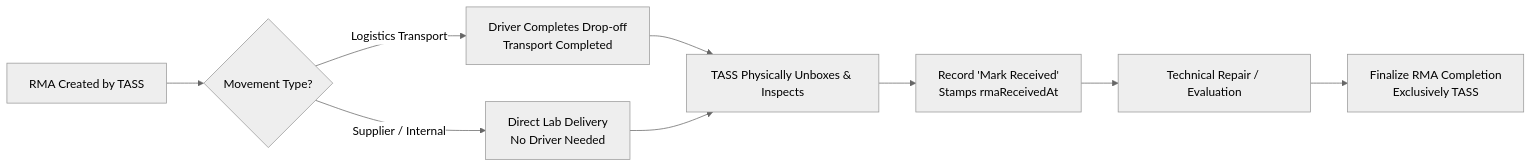
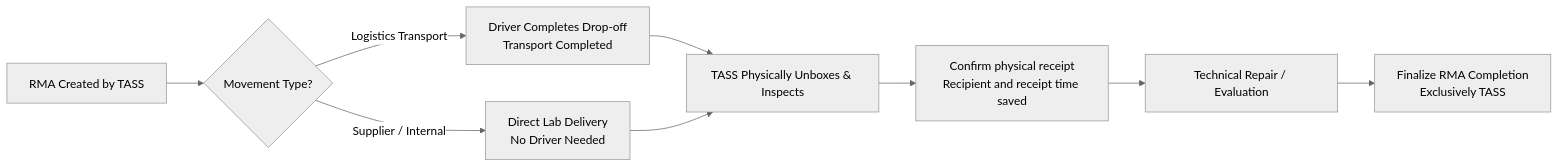
One commit to OatiesMilk/Supply-Chain changed the fourth of 4 diagrams in docs/USER_MANUALS.md. Above: the diagram before and after it, drawn with Mermaid (neutral theme). The commit also changed other lines of this file and 20 other files, not shown here.

````diff
--- a/docs/USER_MANUALS.md
+++ b/docs/USER_MANUALS.md
@@ -260,11 +276,11 @@
 ```mermaid
 flowchart LR
     RMA_Created[RMA Created by TASS] --> Movement{Movement Type?}
     Movement -->|Logistics Transport| DriverDrop[Driver Completes Drop-off\nTransport Completed]
     Movement -->|Supplier / Internal| DirectDrop[Direct Lab Delivery\nNo Driver Needed]
     DriverDrop --> Unbox[TASS Physically Unboxes & Inspects]
     DirectDrop --> Unbox
-    Unbox --> MarkReceived[Record 'Mark Received'\nStamps rmaReceivedAt]
+    Unbox --> MarkReceived[Confirm physical receipt\nRecipient and receipt time saved]
     MarkReceived --> LabWork[Technical Repair / Evaluation]
     LabWork --> Finalize[Finalize RMA Completion\nExclusively TASS]
 ```
````
